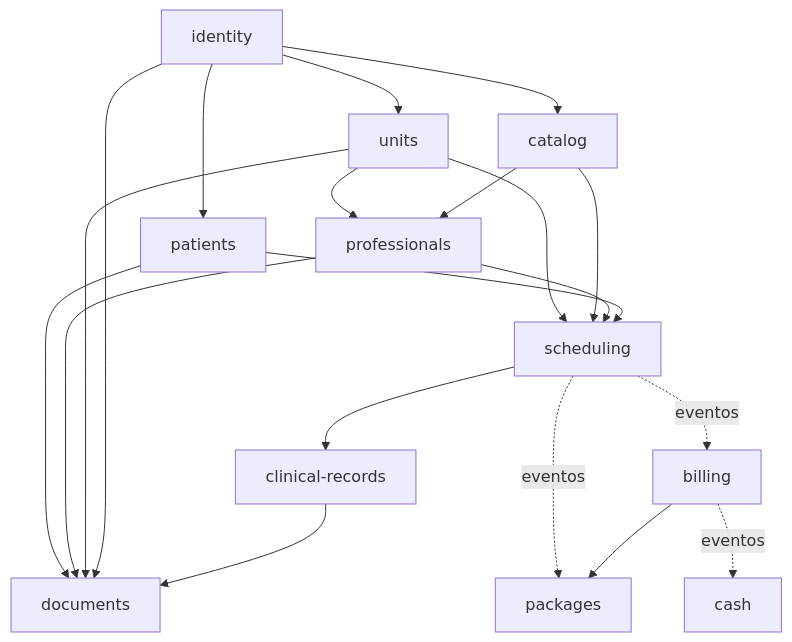
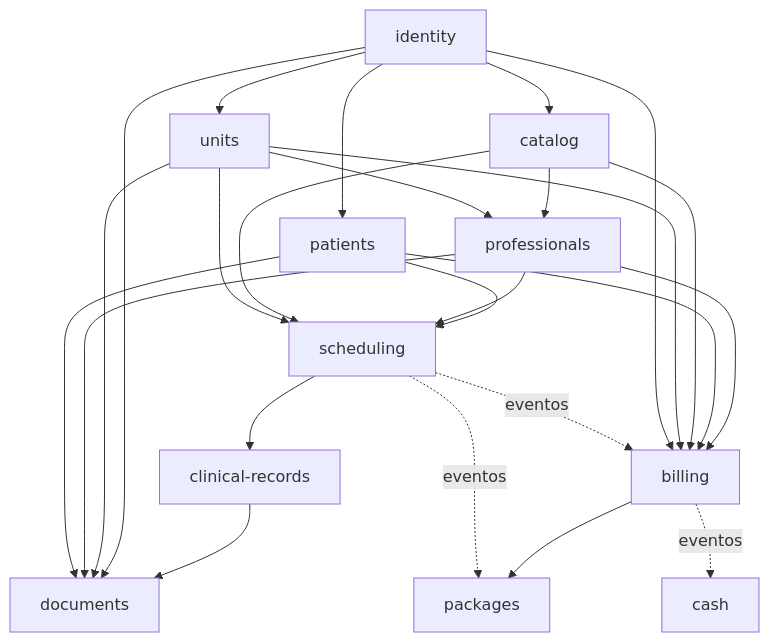
Before and after one commit to dennysvf/GCli: the second of 2 diagrams in docs/architecture.pt-BR.md, drawn with Mermaid. The commit also changed other lines of this file and 114 other files, not shown here.

````diff
--- a/docs/architecture.pt-BR.md
+++ b/docs/architecture.pt-BR.md
@@ -74,22 +74,27 @@
 ```mermaid
 graph TD
   identity --> units
   identity --> catalog
   identity --> patients
   units --> professionals
   catalog --> professionals
   units --> scheduling
   catalog --> scheduling
   professionals --> scheduling
   patients --> scheduling
   scheduling --> clinical-records
   scheduling -. eventos .-> billing
   scheduling -. eventos .-> packages
   billing --> packages
   billing -. eventos .-> cash
   patients --> documents
   professionals --> documents
   units --> documents
   identity --> documents
   clinical-records --> documents
+  identity --> billing
+  units --> billing
+  catalog --> billing
+  patients --> billing
+  professionals --> billing
 ```
````
